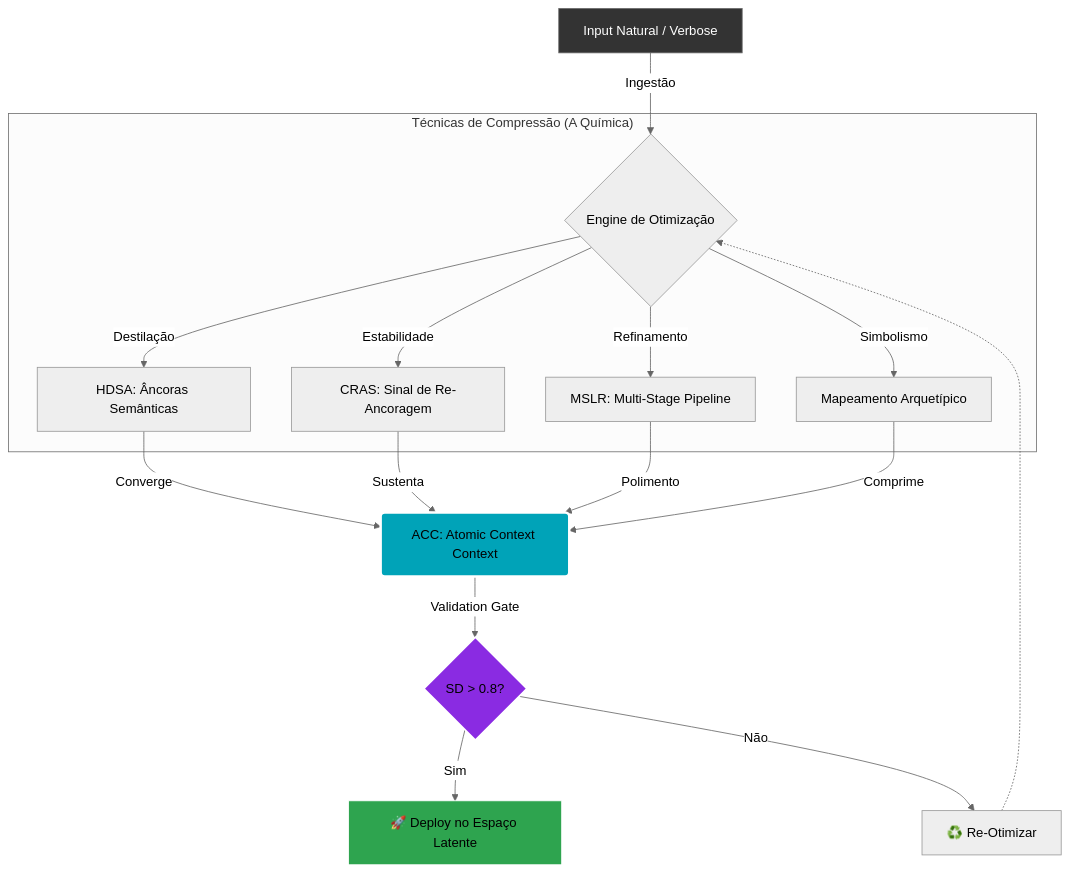
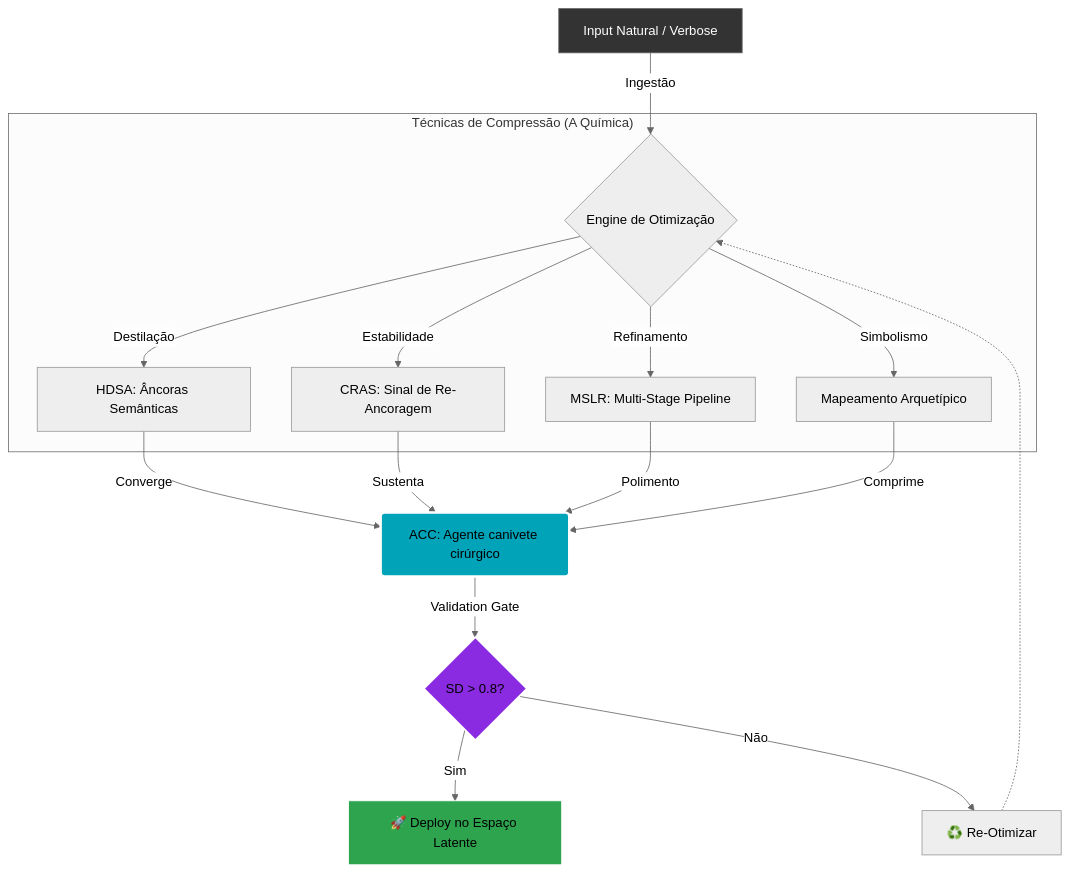
Before and after one commit to aleeepassarelli/semantic-latent-engineering: the diagram in chapters/02_otimizacao_densidade_semantica.md, drawn with Mermaid (neutral theme).

````diff
--- a/chapters/02_otimizacao_densidade_semantica.md
+++ b/chapters/02_otimizacao_densidade_semantica.md
@@ -231,26 +231,26 @@
 ```mermaid
 graph TD
     Input[Input Natural / Verbose] -->|Ingestão| Engine{Engine de Otimização}
 
     subgraph "Técnicas de Compressão (A Química)"
         Engine -->|Destilação| HDSA[HDSA: Âncoras Semânticas]
         Engine -->|Estabilidade| CRAS[CRAS: Sinal de Re-Ancoragem]
         Engine -->|Refinamento| MSLR[MSLR: Multi-Stage Pipeline]
         Engine -->|Simbolismo| Arch[Mapeamento Arquetípico]
     end
 
-    HDSA -->|Converge| ACC(ACC: Atomic Context Context)
+    HDSA -->|Converge| ACC(ACC: Agente canivete cirúrgico)
     CRAS -->|Sustenta| ACC
     MSLR -->|Polimento| ACC
     Arch -->|Comprime| ACC
 
     ACC -->|Validation Gate| Check{SD > 0.8?}
     Check -->|Sim| Deploy[🚀 Deploy no Espaço Latente]
     Check -->|Não| Loop[♻️ Re-Otimizar]
     Loop -.-> Engine
 
     style Input fill:#333,stroke:#666,color:#fff
     style ACC fill:#00a3b8,stroke:#fff,stroke-width:3px,color:#000
     style Check fill:#8a2be2,stroke:#fff,stroke-width:2px
     style Deploy fill:#2ea44f,stroke:#fff
 ```
````
